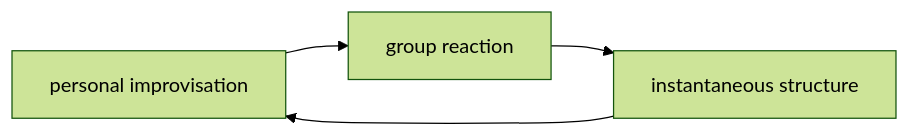
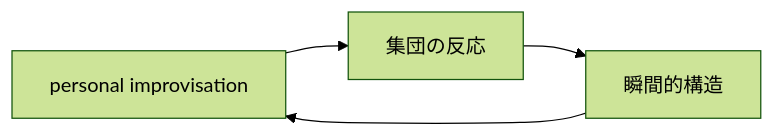
One commit to monumental-movement/monumental-movement.github.io changed the first of 2 diagrams in en/_posts/2026-01-11-column-avant-garde-jazz.md. Above: the diagram before and after it, drawn with Mermaid (forest theme). The commit also changed other lines of this file and 2196 other files, not shown here.

```diff
--- a/en/_posts/2026-01-11-column-avant-garde-jazz.md
+++ b/en/_posts/2026-01-11-column-avant-garde-jazz.md
@@ -158,6 +158,6 @@
 <div class="mermaid">
 flowchart LR
-A[personal improvisation] --> B[group reaction]
-B --> C[instantaneous structure]
+A[personal improvisation] --> B[集団の反応]
+B --> C[瞬間的構造]
 C --> A
 </div>
```
